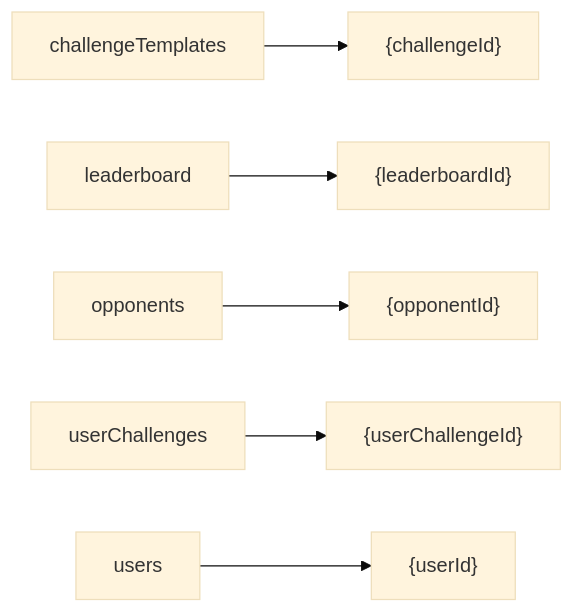
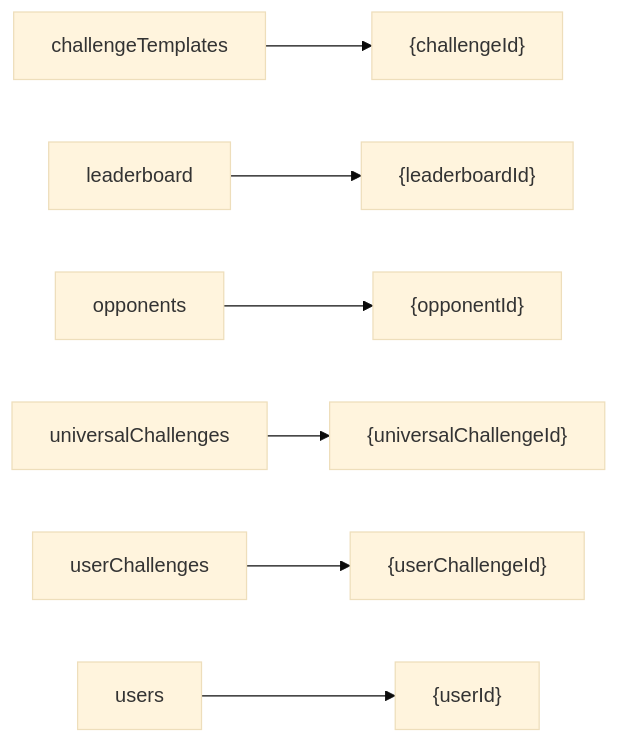
One commit to adrianghub/fitness-engine changed the diagram in src/types/db-schema-graph.md. Above: the diagram before and after it, drawn with Mermaid (base theme). The commit also changed 7 other files, not shown here.

````diff
--- a/src/types/db-schema-graph.md
+++ b/src/types/db-schema-graph.md
@@ -2,8 +2,9 @@
 ```mermaid
 graph LR
     node1["challengeTemplates"] --> node2["{challengeId}"]
     node3["leaderboard"] --> node4["{leaderboardId}"]
     node5["opponents"] --> node6["{opponentId}"]
-    node7["userChallenges"] --> node8["{userChallengeId}"]
-    node9["users"] --> node10["{userId}"]
+    node7["universalChallenges"] --> node8["{universalChallengeId}"]
+    node9["userChallenges"] --> node10["{userChallengeId}"]
+    node11["users"] --> node12["{userId}"]
 ```
````
